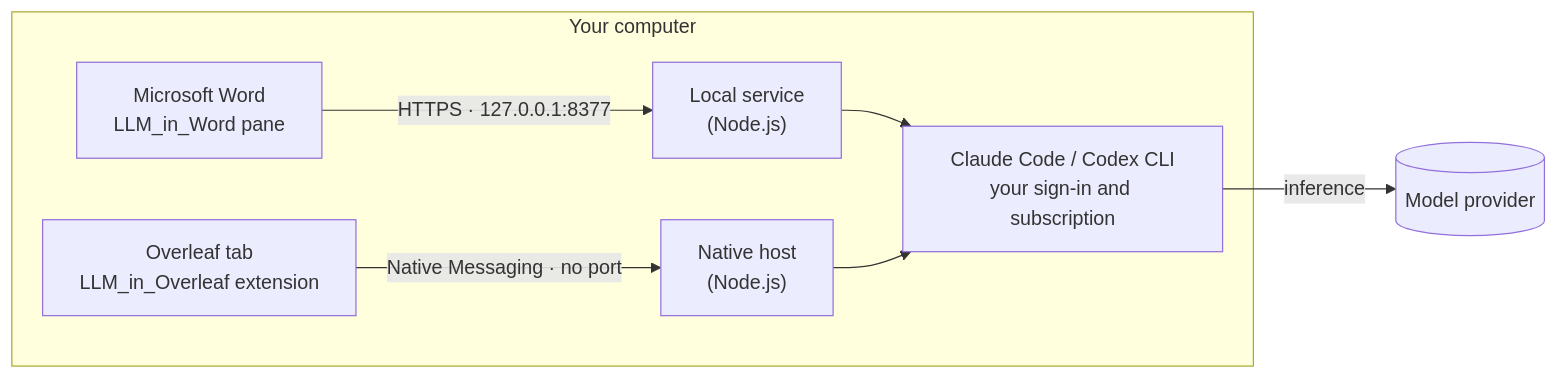
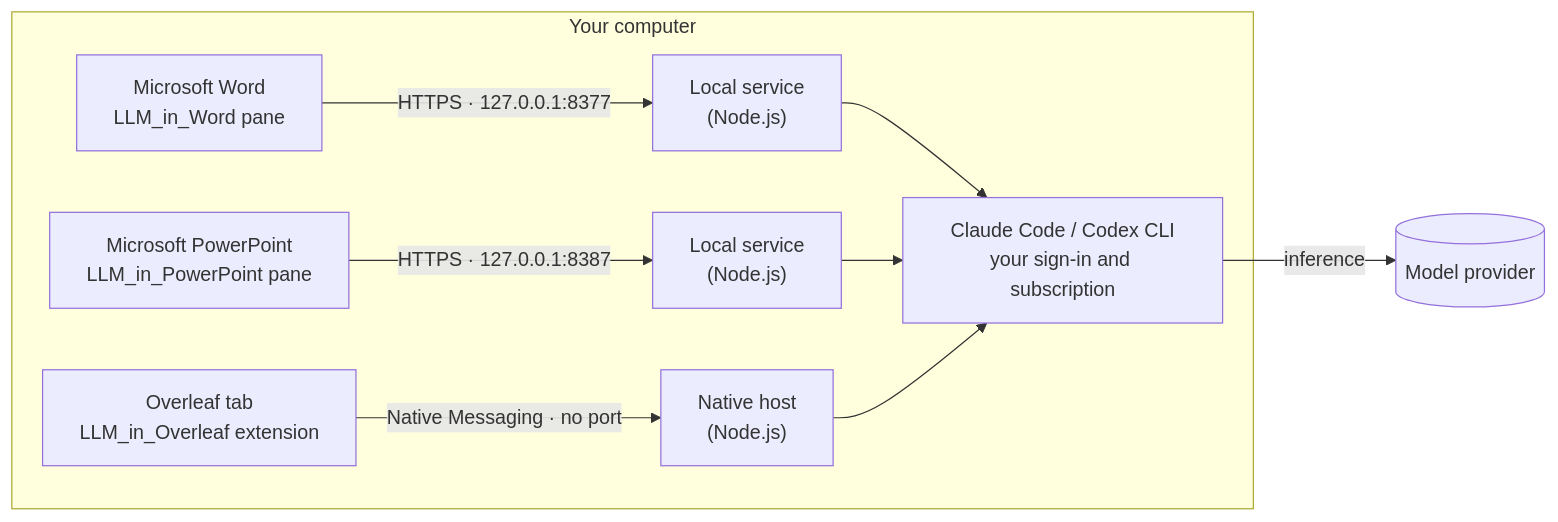
The diagram in README.md (ZJU-OmniAI/LLM_in_Work), drawn with Mermaid before and after one commit. The commit also changed other lines of this file and 63 other files, not shown here.

First line of the commit message:
Add LLM_in_PowerPoint for rewriting slide text with formatting kept

````diff
--- a/README.md
+++ b/README.md
@@ -71,10 +80,12 @@
 ```mermaid
 flowchart LR
   subgraph PC["Your computer"]
     W["Microsoft Word<br/>LLM_in_Word pane"] -- "HTTPS · 127.0.0.1:8377" --> S["Local service<br/>(Node.js)"]
+    PP["Microsoft PowerPoint<br/>LLM_in_PowerPoint pane"] -- "HTTPS · 127.0.0.1:8387" --> SP["Local service<br/>(Node.js)"]
     O["Overleaf tab<br/>LLM_in_Overleaf extension"] -- "Native Messaging · no port" --> H["Native host<br/>(Node.js)"]
     S --> C["Claude Code / Codex CLI<br/>your sign-in and subscription"]
+    SP --> C
     H --> C
   end
   C -- "inference" --> P[("Model provider")]
 ```
````
